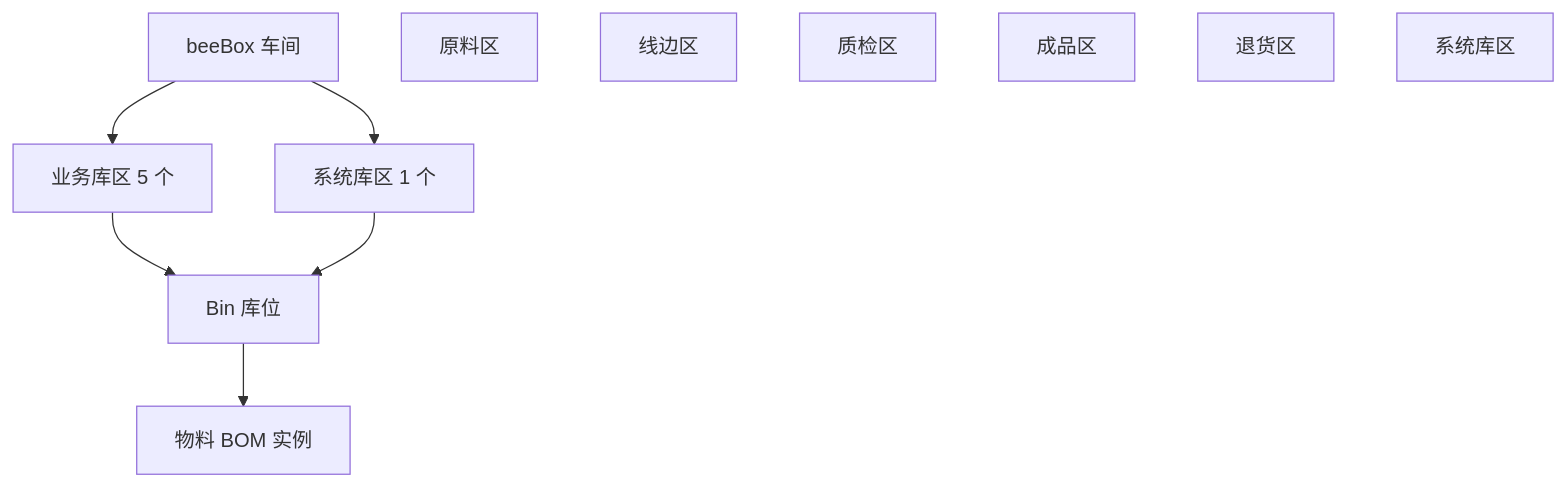
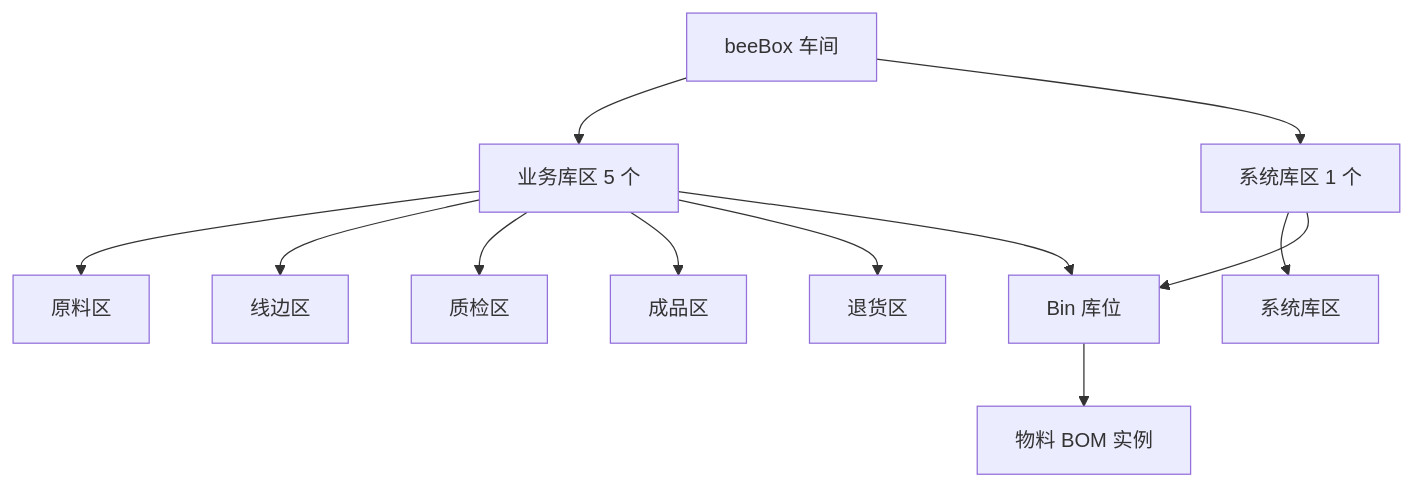
Before and after one commit to chehuizi/beeOS: the third of 4 diagrams in docs/architecture/kernel-design.md, drawn with Mermaid. The commit also changed other lines of this file, not shown here.

Commit message:
docs: §1 / §4 补全缺失边——bizZones→5 业务库区, sysZones→系统库区
之前这 6 个库区节点没连任何边，graph TB 渲染把它们堆在底部，flowchart TB 渲染
把孤立节点顶到第一行跟 beeOS 并排，反而更扎眼。补 6 条边后设计意图清晰。

````diff
--- a/docs/architecture/kernel-design.md
+++ b/docs/architecture/kernel-design.md
@@ -160,20 +166,26 @@
 ```mermaid
 flowchart TB
   beeBox["beeBox 车间"]
   bins["Bin 库位"]
   materials["物料 BOM 实例"]
   bizZones["业务库区 5 个"]
   sysZones["系统库区 1 个"]
   raw["原料区"]
   line["线边区"]
   qc["质检区"]
   finished["成品区"]
   ret["退货区"]
   system["系统库区"]
 
   beeBox --> bizZones
   beeBox --> sysZones
+  bizZones --> raw
+  bizZones --> line
+  bizZones --> qc
+  bizZones --> finished
+  bizZones --> ret
+  sysZones --> system
   bizZones --> bins
   sysZones --> bins
   bins --> materials
 ```
````
